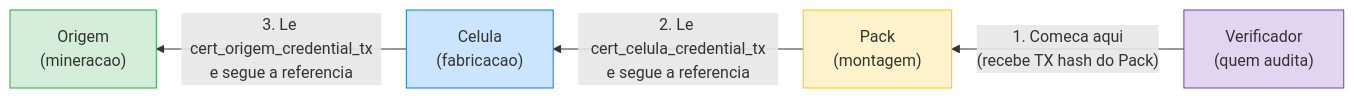
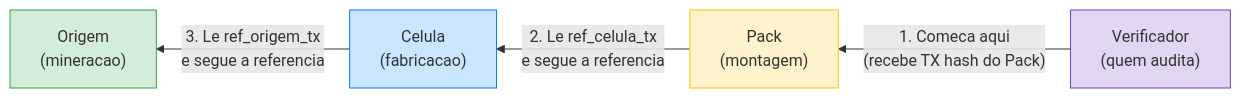
The second of 5 diagrams in arquitetura-dpp.md (darlisagc/cardano-battery-passport), drawn with Mermaid before and after one commit. The commit also changed other lines of this file and 22 other files, not shown here.

````diff
--- a/arquitetura-dpp.md
+++ b/arquitetura-dpp.md
@@ -108,16 +108,16 @@
 ```mermaid
 flowchart RL
     V["Verificador\n(quem audita)"]
     P["Pack\n(montagem)"]
     C["Celula\n(fabricacao)"]
     O["Origem\n(mineracao)"]
 
     V -- "1. Comeca aqui\n(recebe TX hash do Pack)" --> P
-    P -- "2. Le cert_celula_credential_tx\ne segue a referencia" --> C
-    C -- "3. Le cert_origem_credential_tx\ne segue a referencia" --> O
+    P -- "2. Le ref_celula_tx\ne segue a referencia" --> C
+    C -- "3. Le ref_origem_tx\ne segue a referencia" --> O
 
     style V fill:#e2d5f1,stroke:#6f42c1
     style P fill:#fff3cd,stroke:#ffc107
     style C fill:#cce5ff,stroke:#007bff
     style O fill:#d4edda,stroke:#28a745
 ```
````
